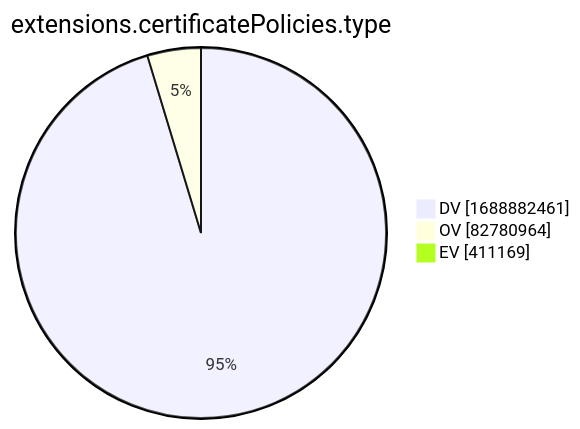
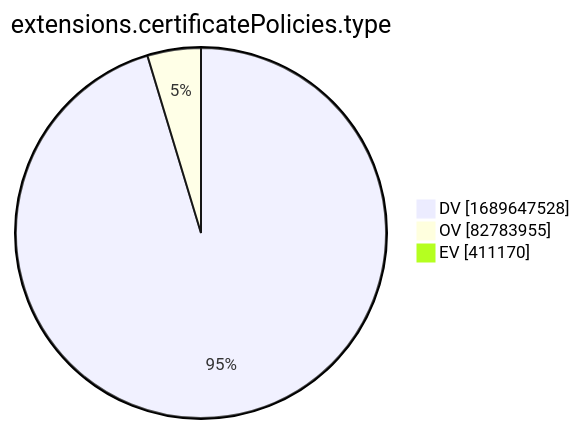
The tenth of 15 diagrams in xenon2022/README.md (christiankrug/ctmonitor_visualization), drawn with Mermaid before and after one commit. The commit also changed other lines of this file, not shown here.

````diff
--- a/xenon2022/README.md
+++ b/xenon2022/README.md
@@ -2881,7 +2881,7 @@
 ```mermaid
 pie showData
 title extensions.certificatePolicies.type
-"DV" :1688882461
-"OV" :82780964
-"EV" :411169
+"DV" :1689647528
+"OV" :82783955
+"EV" :411170
 ```
````
